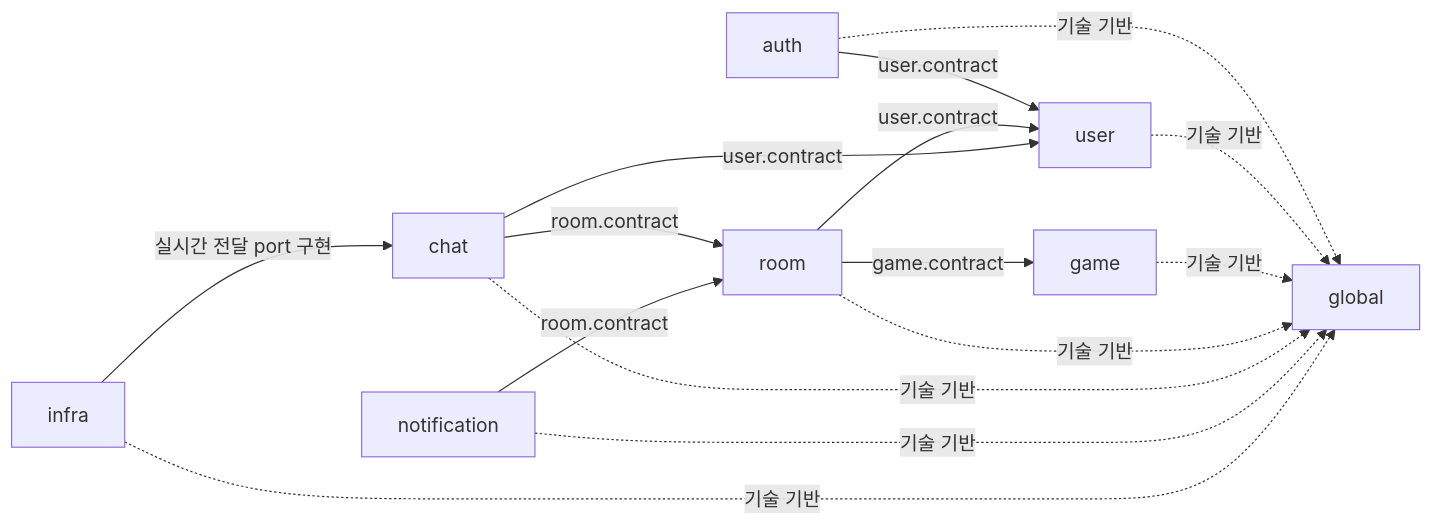
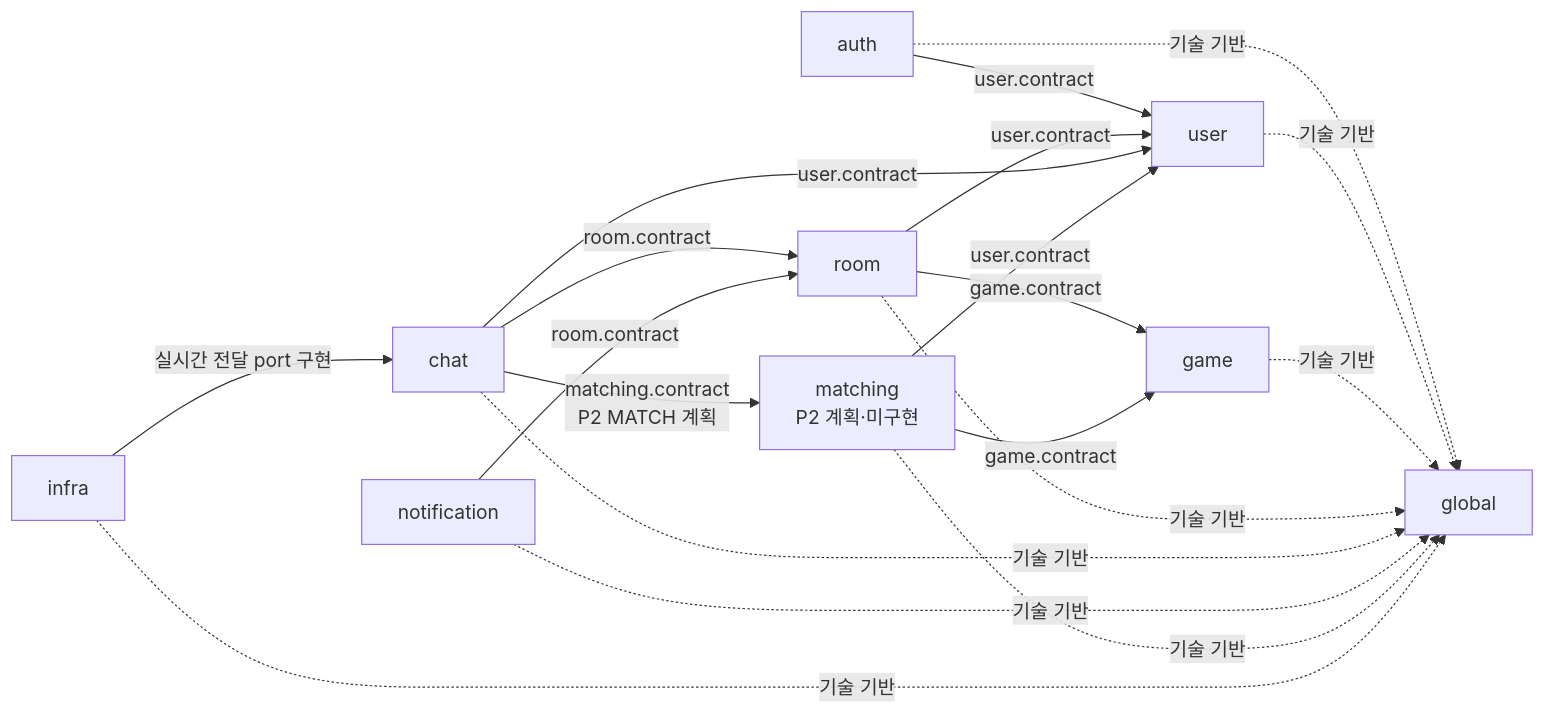
The first of 9 diagrams in docs/ARCHITECTURE.md (bamsongi-club/albam-mate), drawn with Mermaid before and after one commit. The commit also changed other lines of this file and 10 other files, not shown here.

````diff
--- a/docs/ARCHITECTURE.md
+++ b/docs/ARCHITECTURE.md
@@ -51,18 +52,22 @@
 ```mermaid
 flowchart LR
     auth["auth"] -->|"user.contract"| user["user"]
     room["room"] -->|"user.contract"| user
     room -->|"game.contract"| game["game"]
     chat["chat"] -->|"room.contract"| room
     chat -->|"user.contract"| user
     notification["notification"] -->|"room.contract"| room
+    matching["matching<br/>P2 계획·미구현"] -->|"user.contract"| user
+    matching -->|"game.contract"| game
+    chat -->|"matching.contract<br/>P2 MATCH 계획"| matching
 
     auth -.->|"기술 기반"| global["global"]
     user -.->|"기술 기반"| global
     game -.->|"기술 기반"| global
     room -.->|"기술 기반"| global
     chat -.->|"기술 기반"| global
     notification -.->|"기술 기반"| global
+    matching -.->|"기술 기반"| global
     infra["infra"] -.->|"기술 기반"| global
     infra -->|"실시간 전달 port 구현"| chat
 ```
````
